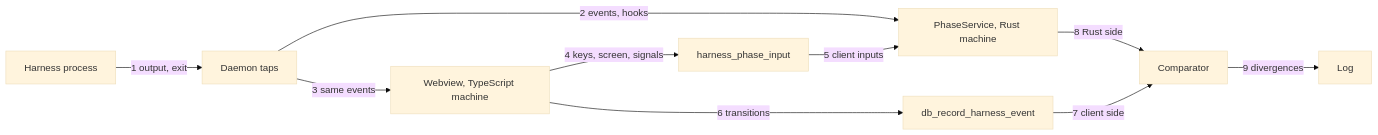
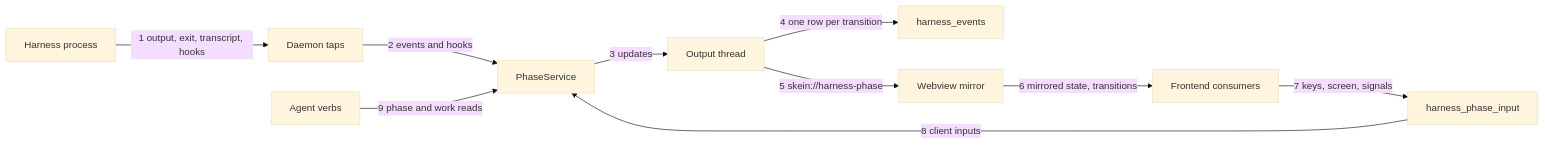
Before and after one commit to timeloop-vault/skein: the seventh of 7 diagrams in docs/skeind-p2-design.md, drawn with Mermaid (base theme). The commit also changed other lines of this file and 207 other files, not shown here.

````diff
--- a/docs/skeind-p2-design.md
+++ b/docs/skeind-p2-design.md
@@ -1052,20 +1159,21 @@
 ```mermaid
 flowchart LR
     H[Harness process]
     T["Daemon taps"]
-    W["Webview, TypeScript machine"]
+    S["PhaseService"]
+    O["Output thread"]
+    D["harness_events"]
+    M["Webview mirror"]
+    F["Frontend consumers"]
     I[harness_phase_input]
-    S["PhaseService, Rust machine"]
-    R[db_record_harness_event]
-    C[Comparator]
-    L[Log]
-    H -->|"1 output, exit"| T
-    T -->|"2 events, hooks"| S
-    T -->|"3 same events"| W
-    W -->|"4 keys, screen, signals"| I
-    I -->|"5 client inputs"| S
-    W -->|"6 transitions"| R
-    R -->|"7 client side"| C
-    S -->|"8 Rust side"| C
-    C -->|"9 divergences"| L
+    A["Agent verbs"]
+    H -->|"1 output, exit, transcript, hooks"| T
+    T -->|"2 events and hooks"| S
+    S -->|"3 updates"| O
+    O -->|"4 one row per transition"| D
+    O -->|"5 skein://harness-phase"| M
+    M -->|"6 mirrored state, transitions"| F
+    F -->|"7 keys, screen, signals"| I
+    I -->|"8 client inputs"| S
+    A -->|"9 phase and work reads"| S
 ```
````
